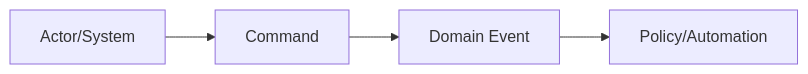
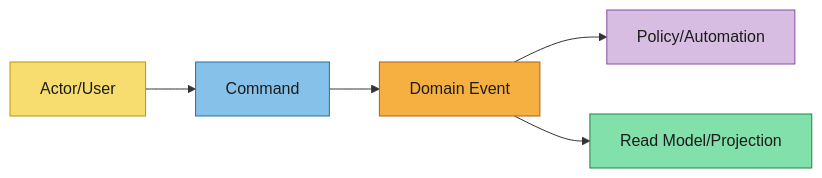
Before and after one commit to intent-driven-dev/openspec-schemas: the diagram in openspec/schemas/event-driven/templates/event-storming.md, drawn with Mermaid. The commit also changed 8 other files, not shown here.

Commit message:
Sync event-driven specs and archive completed mermaid change

````diff
--- a/openspec/schemas/event-driven/templates/event-storming.md
+++ b/openspec/schemas/event-driven/templates/event-storming.md
@@ -41,6 +41,19 @@
 ```mermaid
 flowchart LR
-  A[Actor/System] --> B[Command]
+  A[Actor/User] --> B[Command]
   B --> C[Domain Event]
   C --> D[Policy/Automation]
+  C --> E[Read Model/Projection]
+
+  classDef actor fill:#F7DC6F,stroke:#B7950B,color:#1C1C1C
+  classDef command fill:#85C1E9,stroke:#2471A3,color:#1C1C1C
+  classDef event fill:#F5B041,stroke:#AF601A,color:#1C1C1C
+  classDef policy fill:#D7BDE2,stroke:#884EA0,color:#1C1C1C
+  classDef readModel fill:#82E0AA,stroke:#1E8449,color:#1C1C1C
+
+  class A actor
+  class B command
+  class C event
+  class D policy
+  class E readModel
 ```
````
